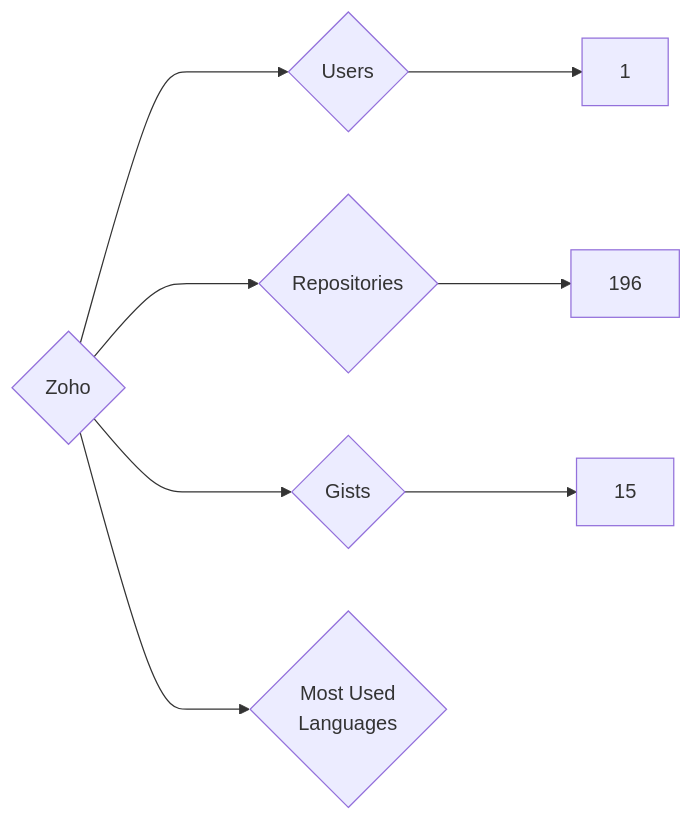
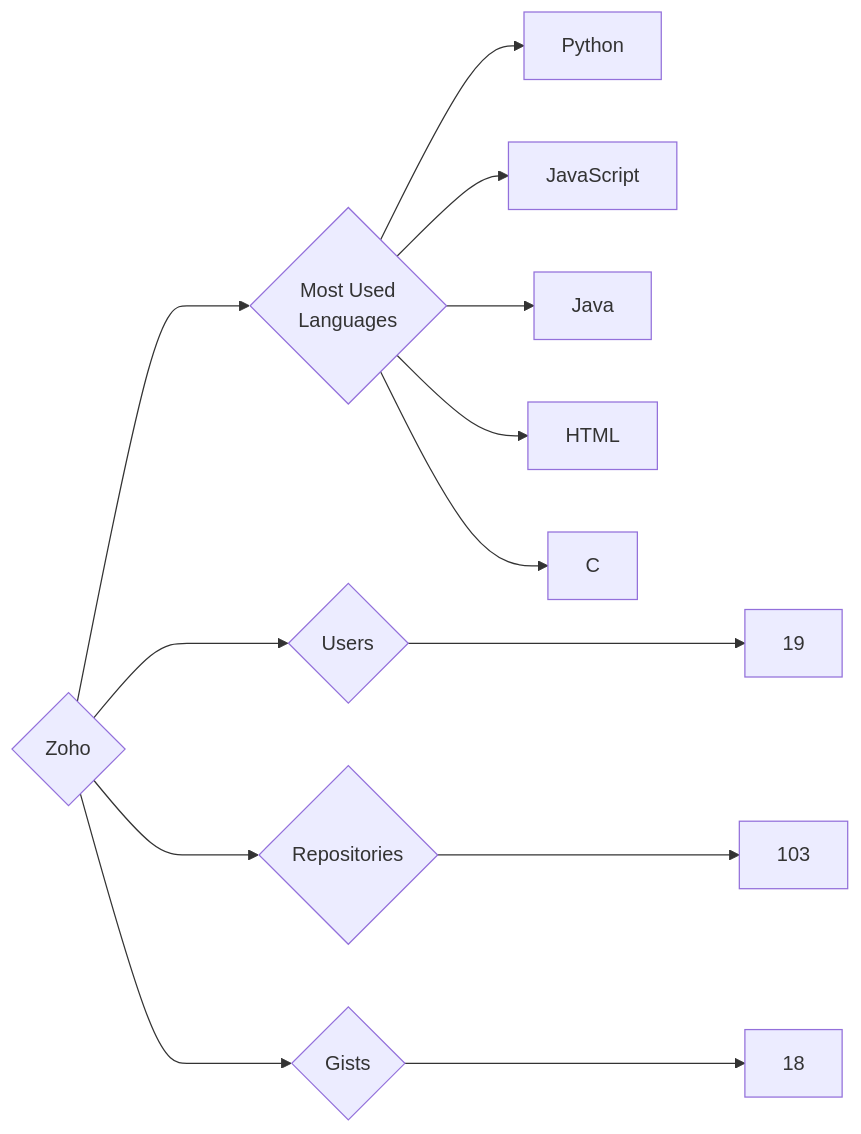
The diagram in targets/Zoho/README.md (trickest/insiders), drawn with Mermaid before and after one commit. The commit also changed 976 other files, not shown here.

````diff
--- a/targets/Zoho/README.md
+++ b/targets/Zoho/README.md
@@ -3,8 +3,13 @@
 ```mermaid
 graph LR
 COMPANY_NAME{Zoho}
-COMPANY_NAME ---> U{Users} ---> UN[1]
-COMPANY_NAME ---> R{Repositories} ---> RN[196]
-COMPANY_NAME ---> G{Gists} ---> GN[15]
+COMPANY_NAME ---> U{Users} ---> UN[19]
+COMPANY_NAME ---> R{Repositories} ---> RN[103]
+COMPANY_NAME ---> G{Gists} ---> GN[18]
 COMPANY_NAME ---> ML{Most Used<br>Languages}
+ML --> Python[Python]
+ML --> JavaScript[JavaScript]
+ML --> Java[Java]
+ML --> HTML[HTML]
+ML --> C[C]
 ```
````
